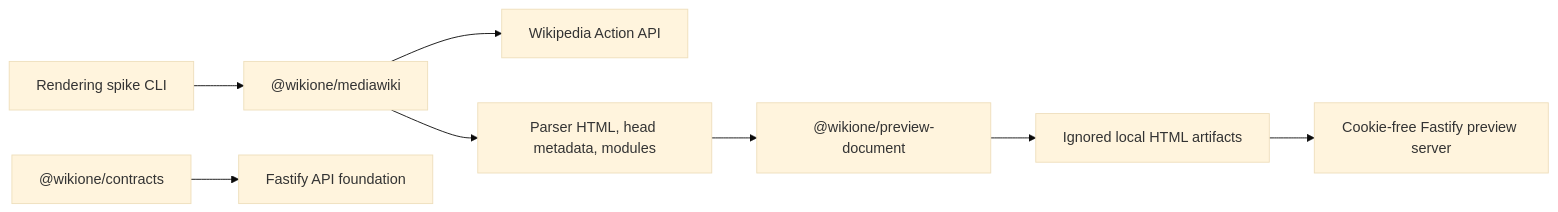
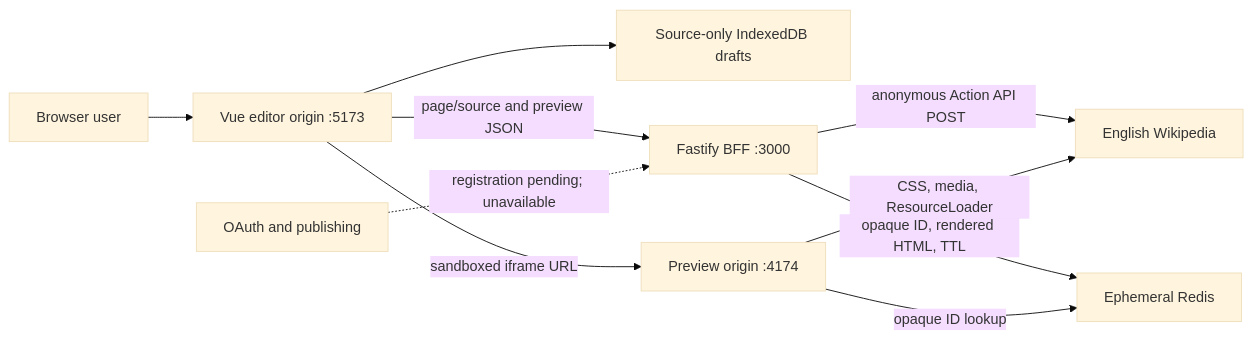
One commit to feconi1024/wikione changed the diagram in docs/architecture.md. Above: the diagram before and after it, drawn with Mermaid (base theme). The commit also changed other lines of this file and 14 other files, not shown here.

````diff
--- a/docs/architecture.md
+++ b/docs/architecture.md
@@ -13,10 +12,12 @@
 ```mermaid
 flowchart LR
-    CLI["Rendering spike CLI"] --> Client["@wikione/mediawiki"]
-    Client --> Wiki["Wikipedia Action API"]
-    Client --> Parsed["Parser HTML, head metadata, modules"]
-    Parsed --> Builder["@wikione/preview-document"]
-    Builder --> Artifacts["Ignored local HTML artifacts"]
-    Artifacts --> Preview["Cookie-free Fastify preview server"]
-    Contracts["@wikione/contracts"] --> API["Fastify API foundation"]
+    User["Browser user"] --> Web["Vue editor origin :5173"]
+    Web --> Drafts["Source-only IndexedDB drafts"]
+    Web -->|"page/source and preview JSON"| API["Fastify BFF :3000"]
+    API -->|"anonymous Action API POST"| Wiki["English Wikipedia"]
+    API -->|"opaque ID, rendered HTML, TTL"| Redis["Ephemeral Redis"]
+    Web -->|"sandboxed iframe URL"| Preview["Preview origin :4174"]
+    Preview -->|"opaque ID lookup"| Redis
+    Preview -->|"CSS, media, ResourceLoader"| Wiki
+    Auth["OAuth and publishing"] -. "registration pending; unavailable" .-> API
 ```
````
